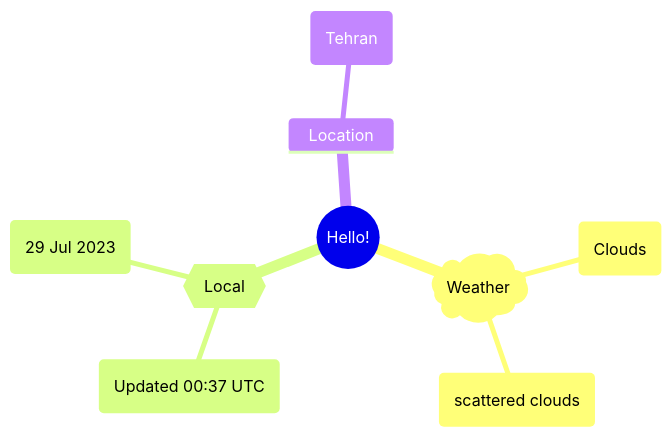
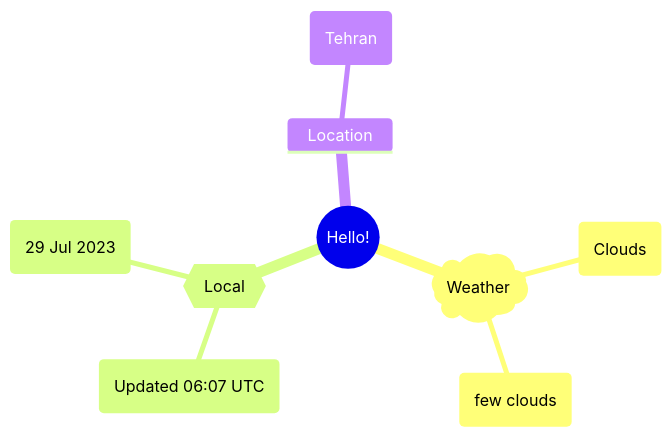
Before and after one commit to Xosrov/Xosrov: the first of 2 diagrams in README.md, drawn with Mermaid.

Commit message:
[bot] updated images

````diff
--- a/README.md
+++ b/README.md
@@ -3,12 +3,12 @@
 ```mermaid
 mindmap
   root((Hello!))
     )Weather(
         (Clouds)
-        (scattered clouds)
+        (few clouds)
     {{Local}}
-        (Updated 00:37 UTC)
+        (Updated 06:07 UTC)
         (29 Jul 2023)
     Location
         (Tehran)
 ```
````
